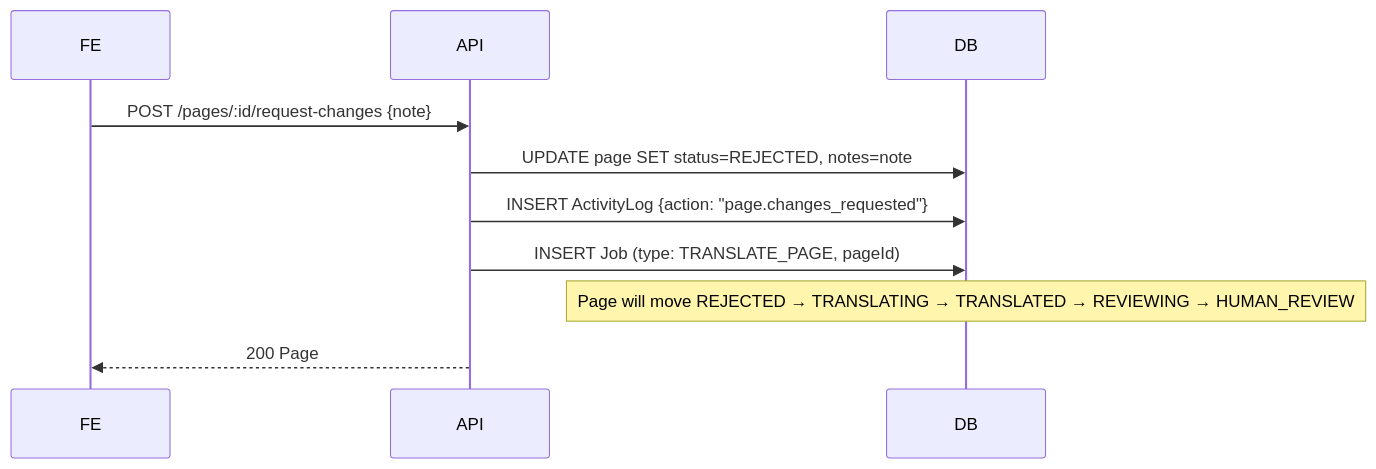
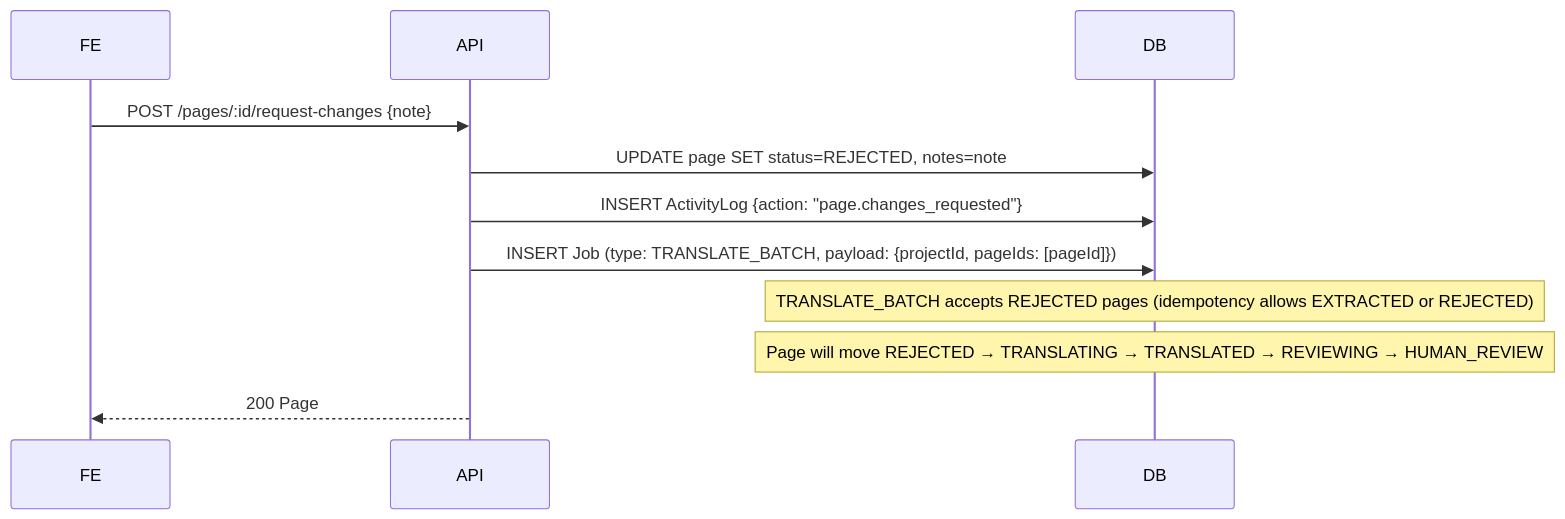
One commit to ArulRozario/tAi changed the tenth of 32 diagrams in .spec/08-sequences.md. Above: the diagram before and after it, drawn with Mermaid. The commit also changed other lines of this file and 195 other files, not shown here.

````diff
--- a/.spec/08-sequences.md
+++ b/.spec/08-sequences.md
@@ -262,13 +302,14 @@
 ```mermaid
 sequenceDiagram
     participant FE
     participant API
     participant DB
 
     FE->>API: POST /pages/:id/request-changes {note}
     API->>DB: UPDATE page SET status=REJECTED, notes=note
     API->>DB: INSERT ActivityLog {action: "page.changes_requested"}
-    API->>DB: INSERT Job (type: TRANSLATE_PAGE, pageId)
+    API->>DB: INSERT Job (type: TRANSLATE_BATCH, payload: {projectId, pageIds: [pageId]})
+    Note over DB: TRANSLATE_BATCH accepts REJECTED pages (idempotency allows EXTRACTED or REJECTED)
     Note over DB: Page will move REJECTED → TRANSLATING → TRANSLATED → REVIEWING → HUMAN_REVIEW
     API-->>FE: 200 Page
 ```
````
